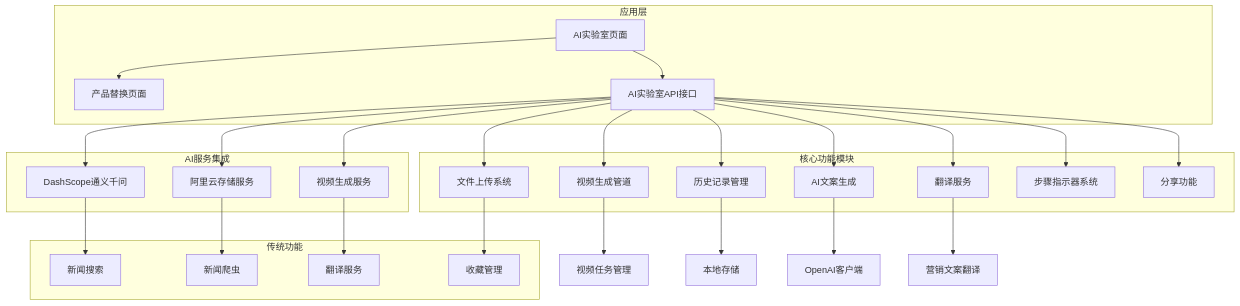
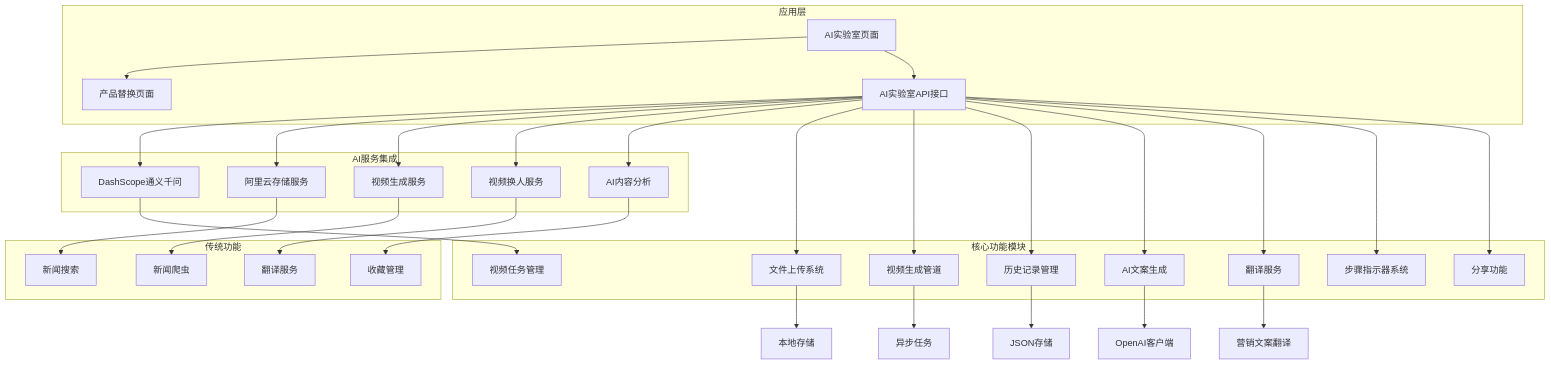
Before and after one commit to zuozuoliu740-cmd/xianxiong-news: the first of 20 diagrams in .qoder/repowiki/zh/content/核心功能模块/AI实验室模块.md, drawn with Mermaid. The commit also changed other lines of this file and 4 other files, not shown here.

````diff
--- a/.qoder/repowiki/zh/content/核心功能模块/AI实验室模块.md
+++ b/.qoder/repowiki/zh/content/核心功能模块/AI实验室模块.md
@@ -70,48 +76,55 @@
 ```mermaid
 graph TB
 subgraph "应用层"
 A[AI实验室页面]
 B[产品替换页面]
 C[AI实验室API接口]
 end
 subgraph "AI服务集成"
 D[DashScope通义千问]
 E[阿里云存储服务]
 F[视频生成服务]
+G[视频换人服务]
+H[AI内容分析]
 end
 subgraph "核心功能模块"
-G[文件上传系统]
-H[视频生成管道]
-I[历史记录管理]
-J[AI文案生成]
-K[翻译服务]
-L[步骤指示器系统]
-M[分享功能]
+I[文件上传系统]
+J[视频生成管道]
+K[历史记录管理]
+L[AI文案生成]
+M[翻译服务]
+N[步骤指示器系统]
+O[分享功能]
+P[视频任务管理]
 end
 subgraph "传统功能"
-N[新闻搜索]
-O[新闻爬虫]
-P[翻译服务]
-Q[收藏管理]
+Q[新闻搜索]
+R[新闻爬虫]
+S[翻译服务]
+T[收藏管理]
 end
 A --> B
 A --> C
 C --> D
 C --> E
 C --> F
 C --> G
 C --> H
 C --> I
 C --> J
 C --> K
 C --> L
 C --> M
-D --> N
-E --> O
-F --> P
-G --> Q
-H --> R[视频任务管理]
-I --> S[本地存储]
-J --> T[OpenAI客户端]
-K --> U[营销文案翻译]
+C --> N
+C --> O
+D --> P
+E --> Q
+F --> R
+G --> S
+H --> T
+I --> U[本地存储]
+J --> V[异步任务]
+K --> W[JSON存储]
+L --> X[OpenAI客户端]
+M --> Y[营销文案翻译]
 ```
````
